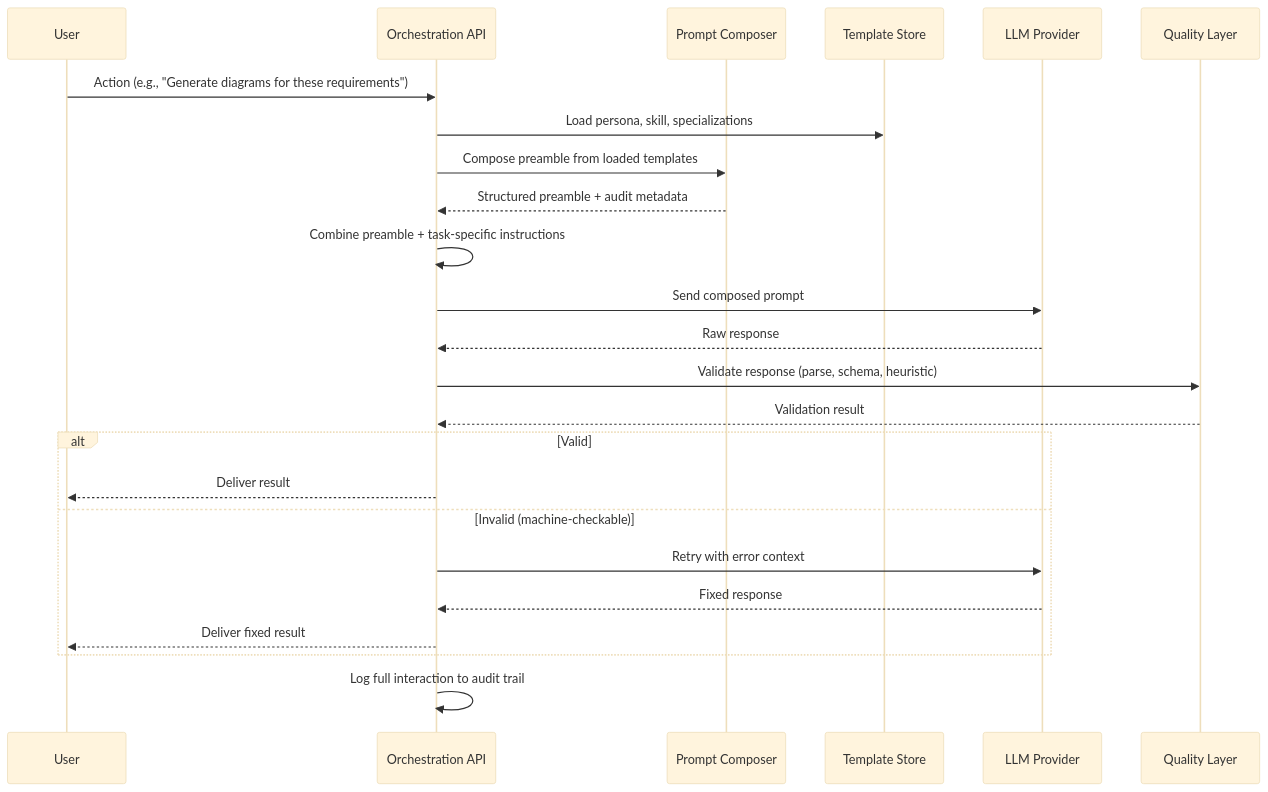
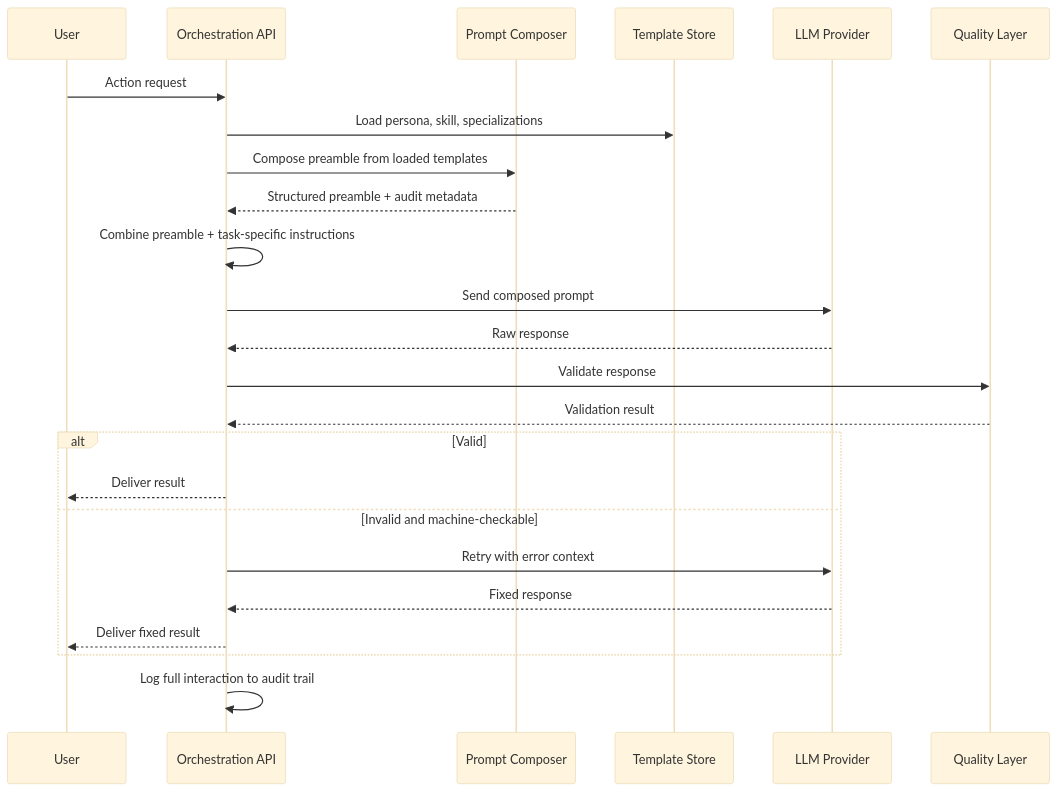
One commit to petergdoyle/actor-factory changed the third of 5 diagrams in docs/ai-engineering/ai-strategy.md. Above: the diagram before and after it, drawn with Mermaid (base theme). The commit also changed other lines of this file and 12 other files, not shown here.

````diff
--- a/docs/ai-engineering/ai-strategy.md
+++ b/docs/ai-engineering/ai-strategy.md
@@ -182,27 +182,27 @@
 ```mermaid
 sequenceDiagram
     participant User
     participant API as Orchestration API
     participant Composer as Prompt Composer
     participant Templates as Template Store
     participant LLM as LLM Provider
     participant Judge as Quality Layer
 
-    User->>API: Action (e.g., "Generate diagrams for these requirements")
+    User->>API: Action request
     API->>Templates: Load persona, skill, specializations
     API->>Composer: Compose preamble from loaded templates
     Composer-->>API: Structured preamble + audit metadata
     API->>API: Combine preamble + task-specific instructions
     API->>LLM: Send composed prompt
     LLM-->>API: Raw response
-    API->>Judge: Validate response (parse, schema, heuristic)
+    API->>Judge: Validate response
     Judge-->>API: Validation result
     alt Valid
         API-->>User: Deliver result
-    else Invalid (machine-checkable)
+    else Invalid and machine-checkable
         API->>LLM: Retry with error context
         LLM-->>API: Fixed response
         API-->>User: Deliver fixed result
     end
     API->>API: Log full interaction to audit trail
 ```
````
